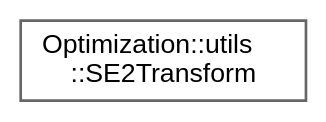
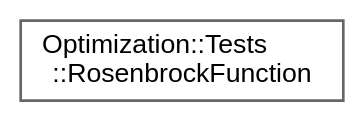
Before and after one commit to jswoo0615/Algorithms_for_Optimization_cpp: the diagram in inherit_graph_96.dot, drawn with Graphviz. The commit also changed 128 other files, not shown here.

```diff
--- a/inherit_graph_96.dot
+++ b/inherit_graph_96.dot
@@ -1,9 +1,9 @@
 digraph "Graphical Class Hierarchy"
 {
  // LATEX_PDF_SIZE
   bgcolor="transparent";
   edge [fontname=Helvetica,fontsize=10,labelfontname=Helvetica,labelfontsize=10];
   node [fontname=Helvetica,fontsize=10,shape=box,height=0.2,width=0.4];
   rankdir="LR";
-  Node0 [id="Node000000",label="Optimization::utils\l::SE2Transform",height=0.2,width=0.4,color="grey40", fillcolor="white", style="filled",URL="$classOptimization_1_1utils_1_1SE2Transform.html",tooltip="SE(2) 평면상의 동차 변환(Homogeneous Transform) 유틸리티"];
+  Node0 [id="Node000000",label="Optimization::Tests\l::RosenbrockFunction",height=0.2,width=0.4,color="grey40", fillcolor="white", style="filled",URL="$structOptimization_1_1Tests_1_1RosenbrockFunction.html",tooltip=" "];
 }
```
